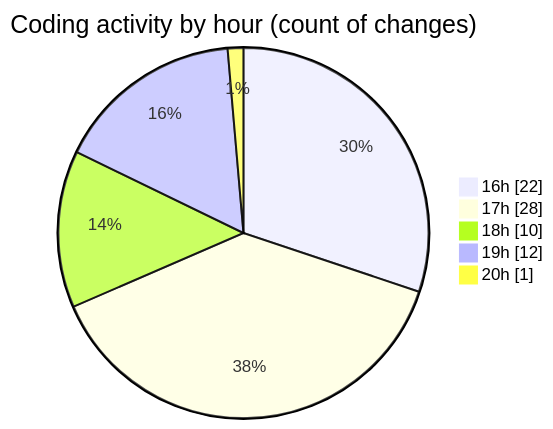
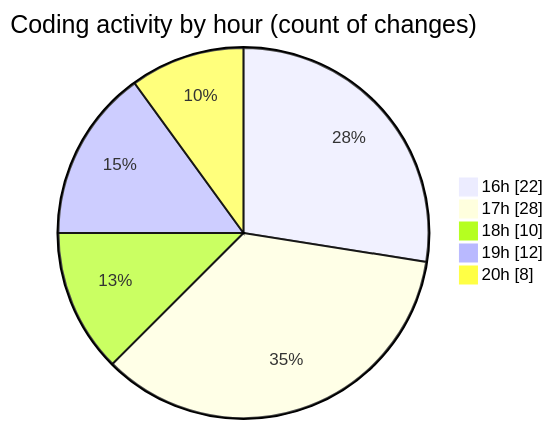
The second of 2 diagrams in 2026-02-17/bot_v1_2/README.md (becaeroporto-bot/code-tracking), drawn with Mermaid before and after one commit. The commit also changed other lines of this file and 1 other file, not shown here.

````diff
--- a/2026-02-17/bot_v1_2/README.md
+++ b/2026-02-17/bot_v1_2/README.md
@@ -52,9 +52,9 @@
 ```mermaid
 pie showData
 title Coding activity by hour (count of changes)
 "16h" : 22
 "17h" : 28
 "18h" : 10
 "19h" : 12
-"20h" : 1
+"20h" : 8
 ```
````
